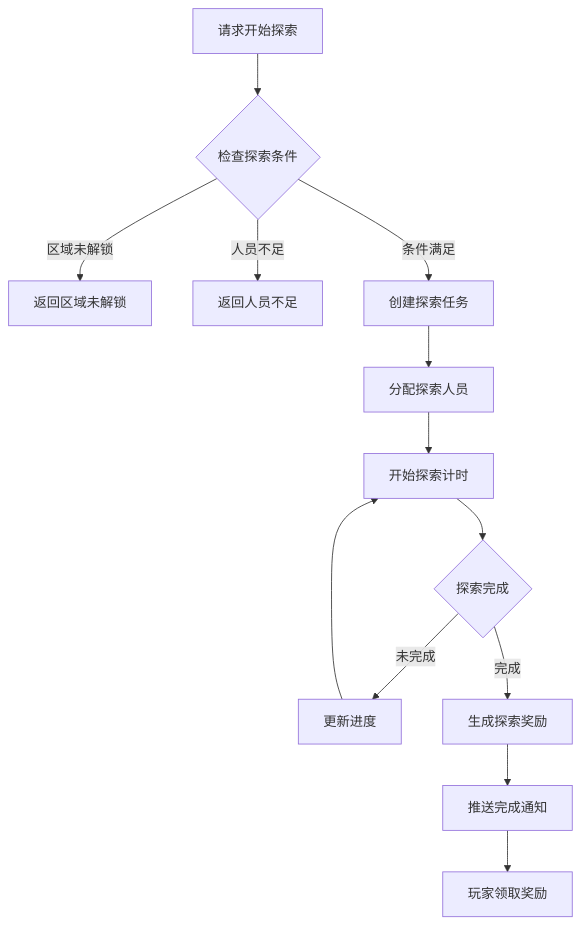
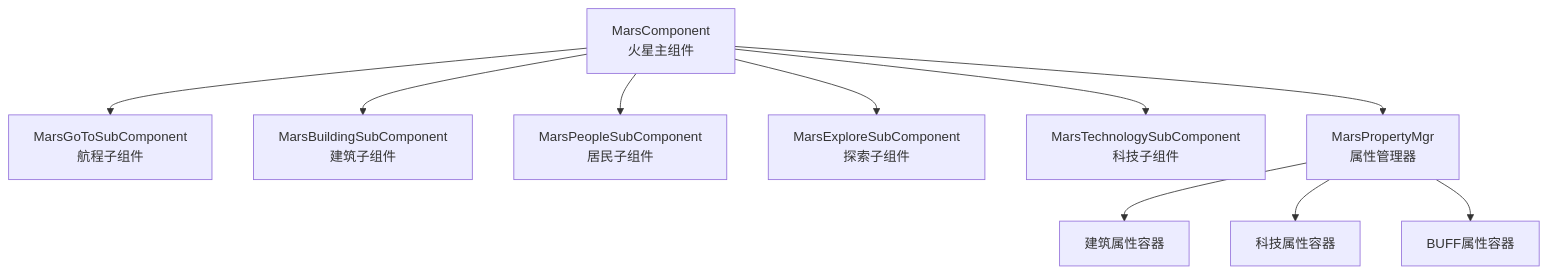
One commit to Alan-Ben/k2c_game_framework changed the fourth of 4 diagrams in docs/Module_Mars/05_完整说明.md. Above: the diagram before and after it, drawn with Mermaid. The commit also changed other lines of this file and 15 other files, not shown here.

````diff
--- a/docs/Module_Mars/05_完整说明.md
+++ b/docs/Module_Mars/05_完整说明.md
@@ -173,15 +221,13 @@
 ```mermaid
-flowchart TD
-    A[请求开始探索] --> B{检查探索条件}
-    B -->|区域未解锁| C[返回区域未解锁]
-    B -->|人员不足| D[返回人员不足]
-    B -->|条件满足| E[创建探索任务]
-    E --> F[分配探索人员]
-    F --> G[开始探索计时]
-    G --> H{探索完成}
-    H -->|未完成| I[更新进度]
-    I --> G
-    H -->|完成| J[生成探索奖励]
-    J --> K[推送完成通知]
-    K --> L[玩家领取奖励]
+graph TD
+    A[MarsComponent<br/>火星主组件] --> B[MarsGoToSubComponent<br/>航程子组件]
+    A --> C[MarsBuildingSubComponent<br/>建筑子组件]
+    A --> D[MarsPeopleSubComponent<br/>居民子组件]
+    A --> E[MarsExploreSubComponent<br/>探索子组件]
+    A --> F[MarsTechnologySubComponent<br/>科技子组件]
+
+    A --> G[MarsPropertyMgr<br/>属性管理器]
+    G --> H[建筑属性容器]
+    G --> I[科技属性容器]
+    G --> J[BUFF属性容器]
 ```
````
